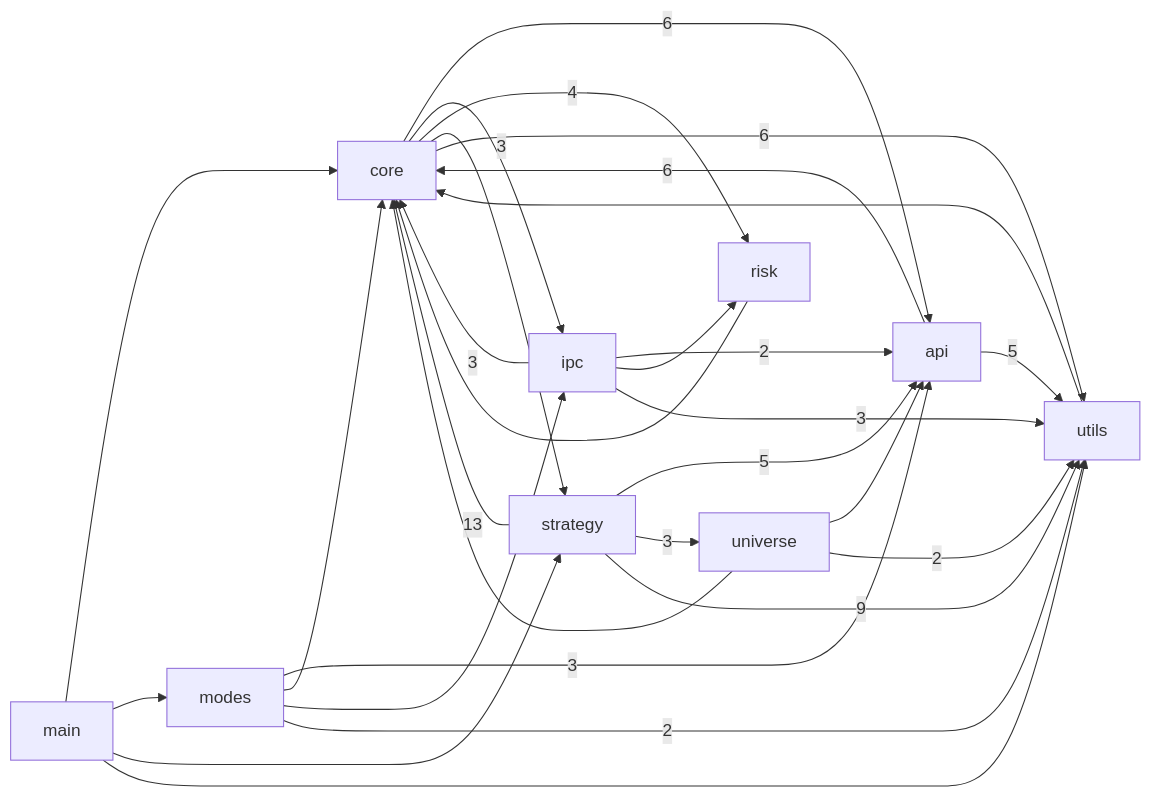
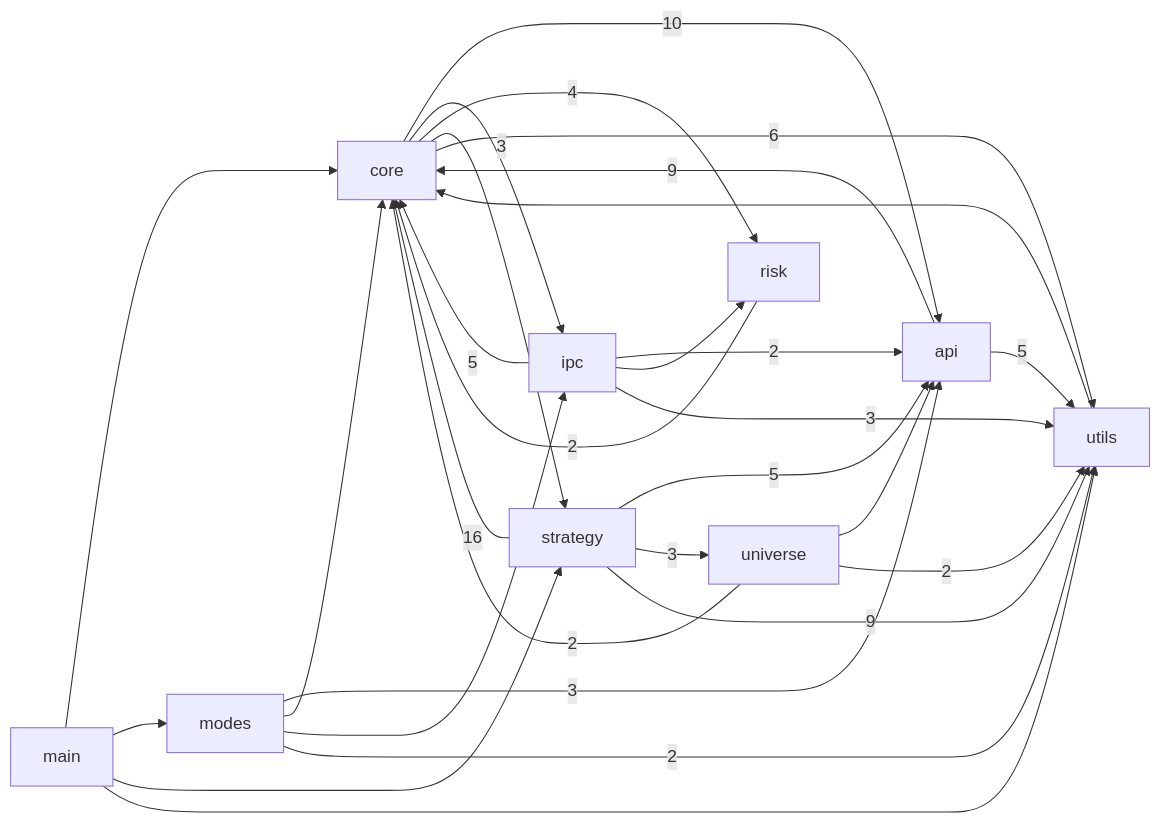
One commit to pypy8171/Quant changed the first of 3 diagrams in docs/CODE_GRAPH.md. Above: the diagram before and after it, drawn with Mermaid. The commit also changed other lines of this file and 10 other files, not shown here.

````diff
--- a/docs/CODE_GRAPH.md
+++ b/docs/CODE_GRAPH.md
@@ -10,40 +10,40 @@
 ```mermaid
 graph LR
   main[main]
   modes[modes]
   core[core]
   strategy[strategy]
   api[api]
   universe[universe]
   risk[risk]
   ipc[ipc]
   utils[utils]
-  api -->|6| core
+  api -->|9| core
   api -->|5| utils
-  core -->|6| api
+  core -->|10| api
   core -->|3| ipc
   core -->|4| risk
   core --> strategy
   core -->|6| utils
   ipc -->|2| api
-  ipc -->|3| core
+  ipc -->|5| core
   ipc --> risk
   ipc -->|3| utils
   main --> core
   main --> modes
   main --> strategy
   main --> utils
   modes -->|3| api
   modes --> core
   modes --> ipc
   modes -->|2| utils
-  risk --> core
+  risk -->|2| core
   strategy -->|5| api
-  strategy -->|13| core
+  strategy -->|16| core
   strategy -->|3| universe
   strategy -->|9| utils
   universe --> api
-  universe --> core
+  universe -->|2| core
   universe -->|2| utils
   utils --> core
 ```
````
